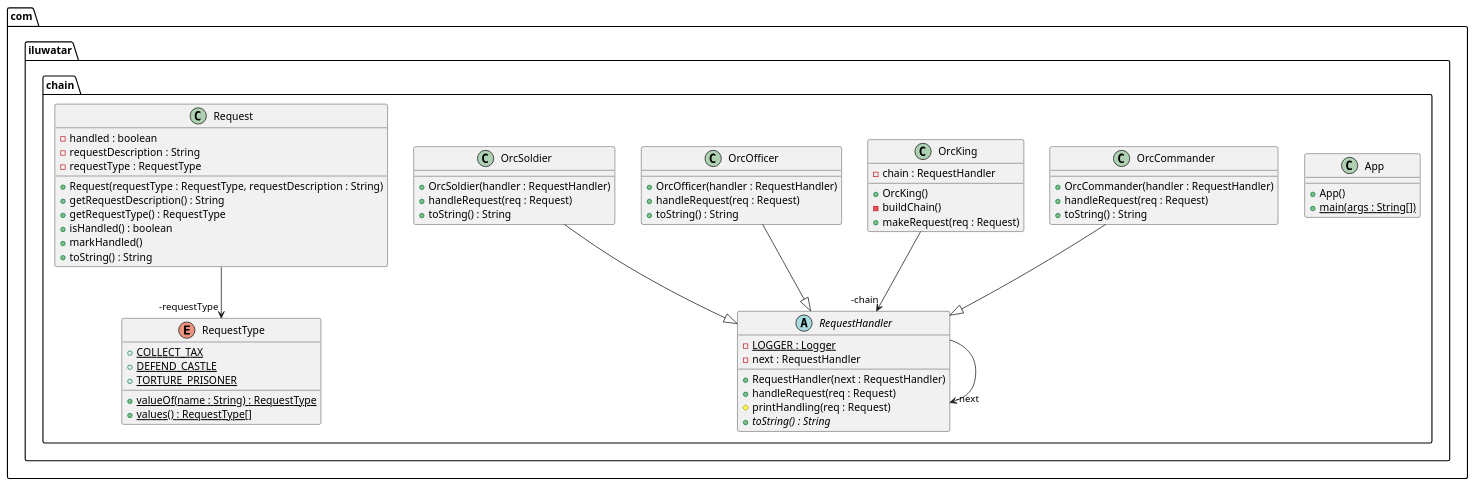
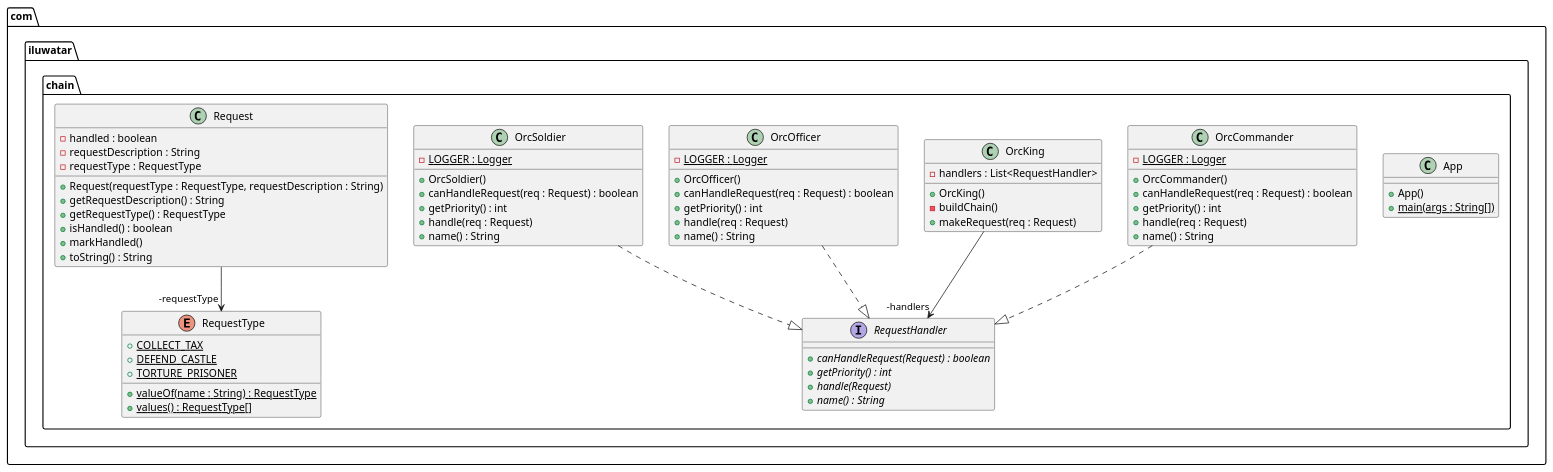
The diagram in chain-of-responsibility/etc/chain-of-responsibility.urm.puml (iluwatar/java-design-patterns), drawn with PlantUML before and after one commit. The commit also changed 7 other files, not shown here.

```diff
--- a/chain-of-responsibility/etc/chain-of-responsibility.urm.puml
+++ b/chain-of-responsibility/etc/chain-of-responsibility.urm.puml
@@ -1,61 +1,67 @@
 @startuml
 package com.iluwatar.chain {
   class App {
     + App()
     + main(args : String[]) {static}
   }
   class OrcCommander {
-    + OrcCommander(handler : RequestHandler)
-    + handleRequest(req : Request)
-    + toString() : String
+    - LOGGER : Logger {static}
+    + OrcCommander()
+    + canHandleRequest(req : Request) : boolean
+    + getPriority() : int
+    + handle(req : Request)
+    + name() : String
   }
   class OrcKing {
-    - chain : RequestHandler
+    - handlers : List<RequestHandler>
     + OrcKing()
     - buildChain()
     + makeRequest(req : Request)
   }
   class OrcOfficer {
-    + OrcOfficer(handler : RequestHandler)
-    + handleRequest(req : Request)
-    + toString() : String
+    - LOGGER : Logger {static}
+    + OrcOfficer()
+    + canHandleRequest(req : Request) : boolean
+    + getPriority() : int
+    + handle(req : Request)
+    + name() : String
   }
   class OrcSoldier {
-    + OrcSoldier(handler : RequestHandler)
-    + handleRequest(req : Request)
-    + toString() : String
+    - LOGGER : Logger {static}
+    + OrcSoldier()
+    + canHandleRequest(req : Request) : boolean
+    + getPriority() : int
+    + handle(req : Request)
+    + name() : String
   }
   class Request {
     - handled : boolean
     - requestDescription : String
     - requestType : RequestType
     + Request(requestType : RequestType, requestDescription : String)
     + getRequestDescription() : String
     + getRequestType() : RequestType
     + isHandled() : boolean
     + markHandled()
     + toString() : String
   }
-  abstract class RequestHandler {
-    - LOGGER : Logger {static}
-    - next : RequestHandler
-    + RequestHandler(next : RequestHandler)
-    + handleRequest(req : Request)
-    # printHandling(req : Request)
-    + toString() : String {abstract}
+  interface RequestHandler {
+    + canHandleRequest(Request) : boolean {abstract}
+    + getPriority() : int {abstract}
+    + handle(Request) {abstract}
+    + name() : String {abstract}
   }
   enum RequestType {
     + COLLECT_TAX {static}
     + DEFEND_CASTLE {static}
     + TORTURE_PRISONER {static}
     + valueOf(name : String) : RequestType {static}
     + values() : RequestType[] {static}
   }
 }
-OrcKing -->  "-chain" RequestHandler
-RequestHandler -->  "-next" RequestHandler
+OrcKing -->  "-handlers" RequestHandler
 Request -->  "-requestType" RequestType
-OrcCommander --|> RequestHandler 
-OrcOfficer --|> RequestHandler 
-OrcSoldier --|> RequestHandler 
+OrcCommander ..|> RequestHandler 
+OrcOfficer ..|> RequestHandler 
+OrcSoldier ..|> RequestHandler 
 @enduml
```
